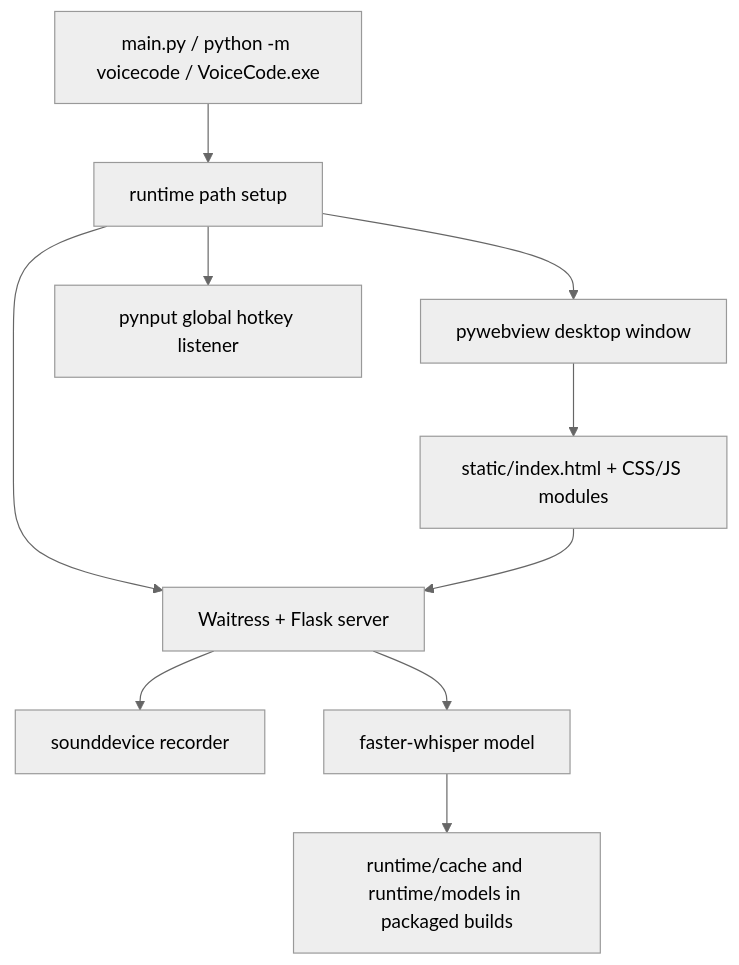
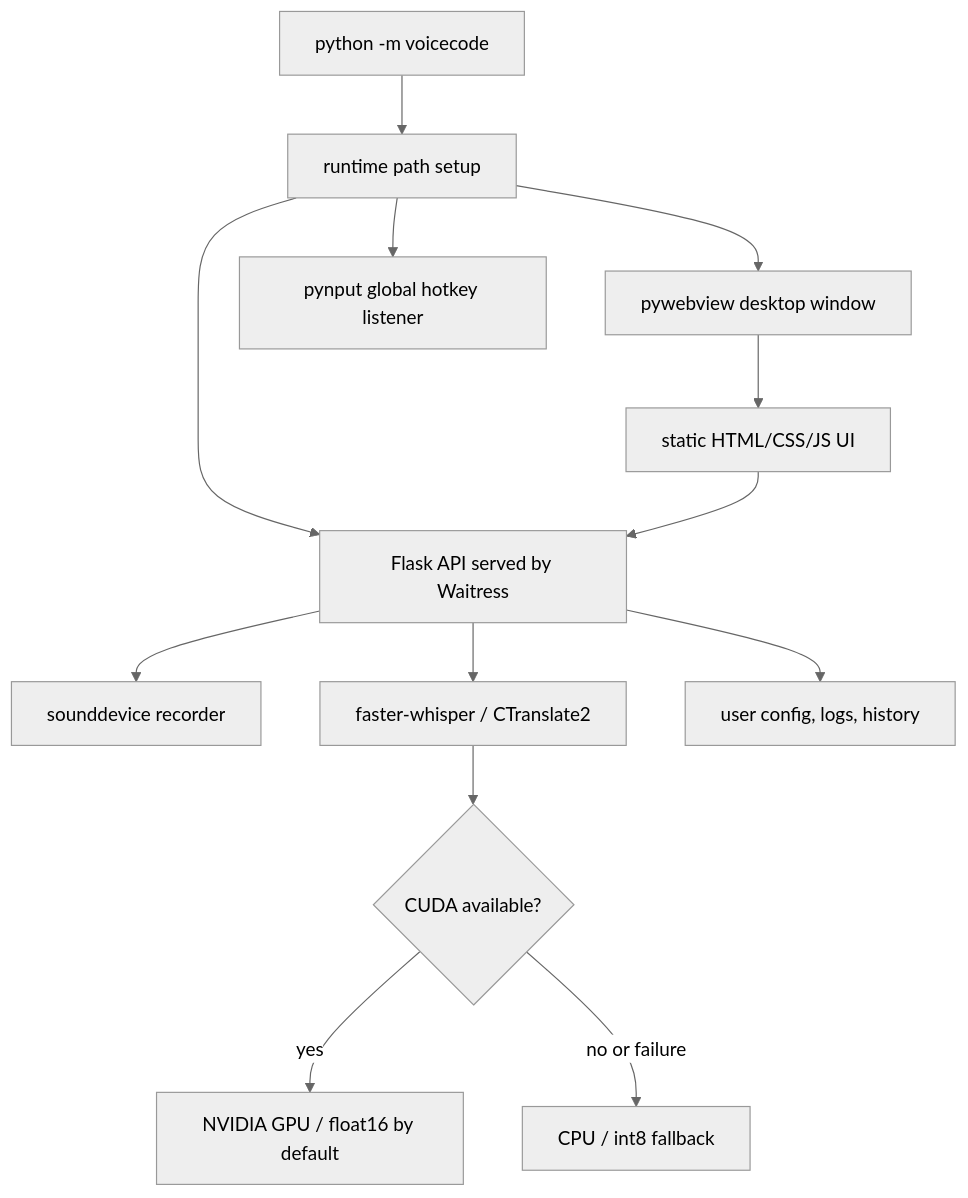
The diagram in docs/ARCHITECTURE.md (learnerbruse1/voicecode), drawn with Mermaid (neutral theme) before and after one commit. The commit also changed other lines of this file and 34 other files, not shown here.

````diff
--- a/docs/ARCHITECTURE.md
+++ b/docs/ARCHITECTURE.md
@@ -5,12 +5,15 @@
 ```mermaid
 flowchart TD
-    A["main.py / python -m voicecode / VoiceCode.exe"] --> R["runtime path setup"]
-    R --> B["Waitress + Flask server"]
-    R --> C["pywebview desktop window"]
-    R --> D["pynput global hotkey listener"]
-    C --> E["static/index.html + CSS/JS modules"]
-    E --> B
-    B --> F["sounddevice recorder"]
-    B --> G["faster-whisper model"]
-    G --> H["runtime/cache and runtime/models in packaged builds"]
+  A["python -m voicecode"] --> B["runtime path setup"]
+  B --> C["Flask API served by Waitress"]
+  B --> D["pywebview desktop window"]
+  B --> E["pynput global hotkey listener"]
+  D --> F["static HTML/CSS/JS UI"]
+  F --> C
+  C --> G["sounddevice recorder"]
+  C --> H["faster-whisper / CTranslate2"]
+  H --> I{"CUDA available?"}
+  I -->|yes| J["NVIDIA GPU / float16 by default"]
+  I -->|no or failure| K["CPU / int8 fallback"]
+  C --> L["user config, logs, history"]
 ```
````
